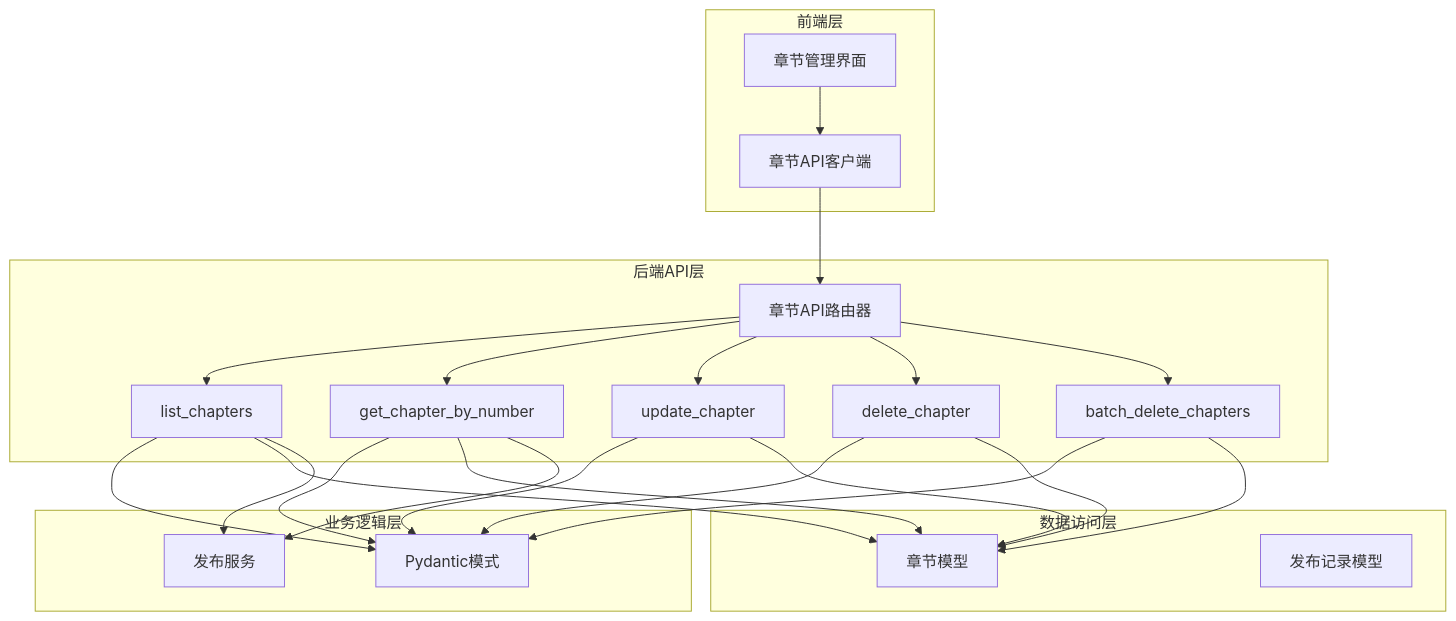
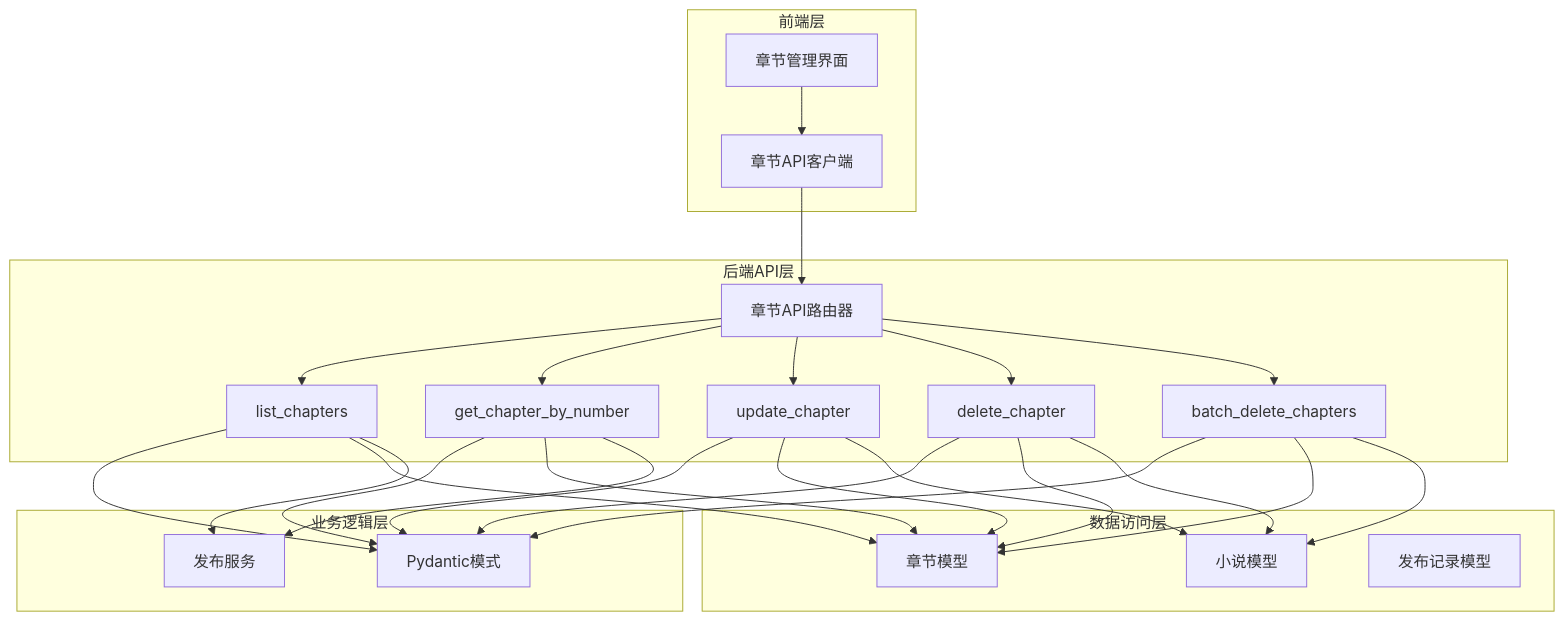
The first of 9 diagrams in .qoder/repowiki/zh/content/API接口文档/章节管理API.md (xfbyxq/ai-novel-system), drawn with Mermaid before and after one commit. The commit also changed other lines of this file and 84 other files, not shown here.

````diff
--- a/.qoder/repowiki/zh/content/API接口文档/章节管理API.md
+++ b/.qoder/repowiki/zh/content/API接口文档/章节管理API.md
@@ -40,42 +51,46 @@
 ```mermaid
 graph TB
 subgraph "前端层"
 FE_API[章节API客户端]
 FE_UI[章节管理界面]
 end
 subgraph "后端API层"
 API_Router[章节API路由器]
 API_List[list_chapters]
 API_Get[get_chapter_by_number]
 API_Update[update_chapter]
 API_Delete[delete_chapter]
 API_Batch[batch_delete_chapters]
 end
 subgraph "业务逻辑层"
 Schema_Schemas[Pydantic模式]
 Service_Publish[发布服务]
 end
 subgraph "数据访问层"
 Model_Chapter[章节模型]
+Model_Novel[小说模型]
 Model_Publish[发布记录模型]
 end
 FE_API --> API_Router
 FE_UI --> FE_API
 API_Router --> API_List
 API_Router --> API_Get
 API_Router --> API_Update
 API_Router --> API_Delete
 API_Router --> API_Batch
 API_List --> Schema_Schemas
 API_Get --> Schema_Schemas
 API_Update --> Schema_Schemas
 API_Delete --> Schema_Schemas
 API_Batch --> Schema_Schemas
 API_List --> Model_Chapter
 API_Get --> Model_Chapter
 API_Update --> Model_Chapter
 API_Delete --> Model_Chapter
 API_Batch --> Model_Chapter
 API_List --> Service_Publish
 API_Get --> Service_Publish
+API_Update --> Model_Novel
+API_Delete --> Model_Novel
+API_Batch --> Model_Novel
 ```
````
